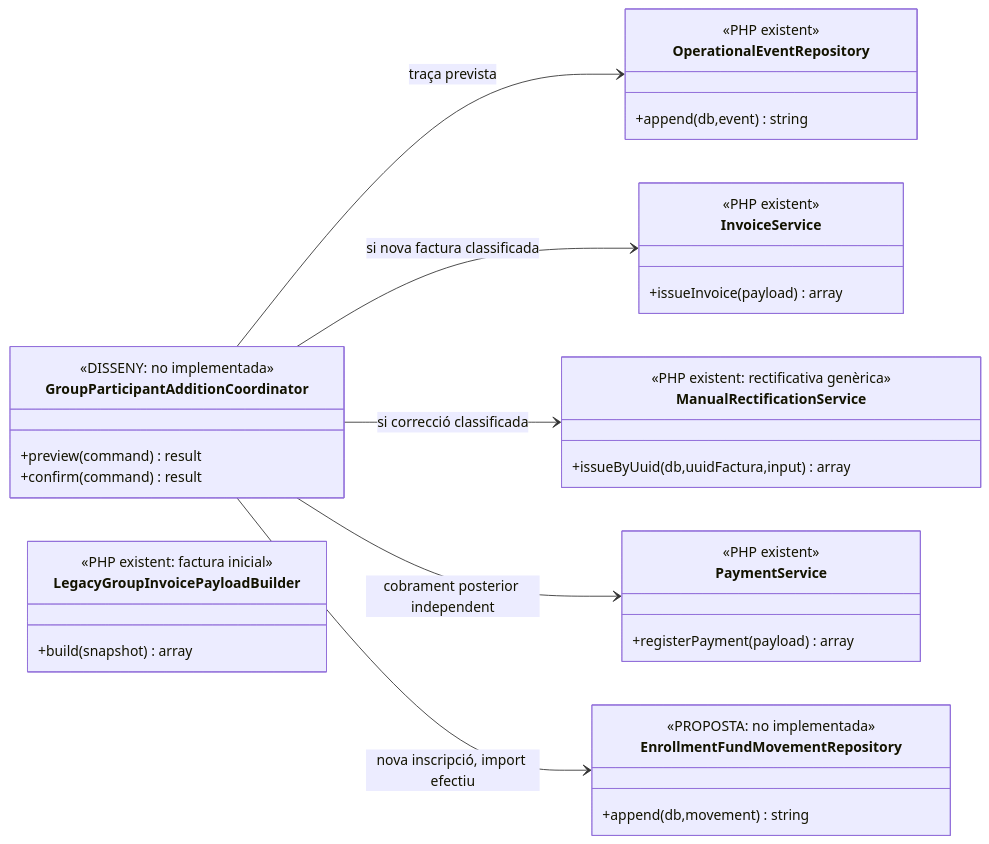
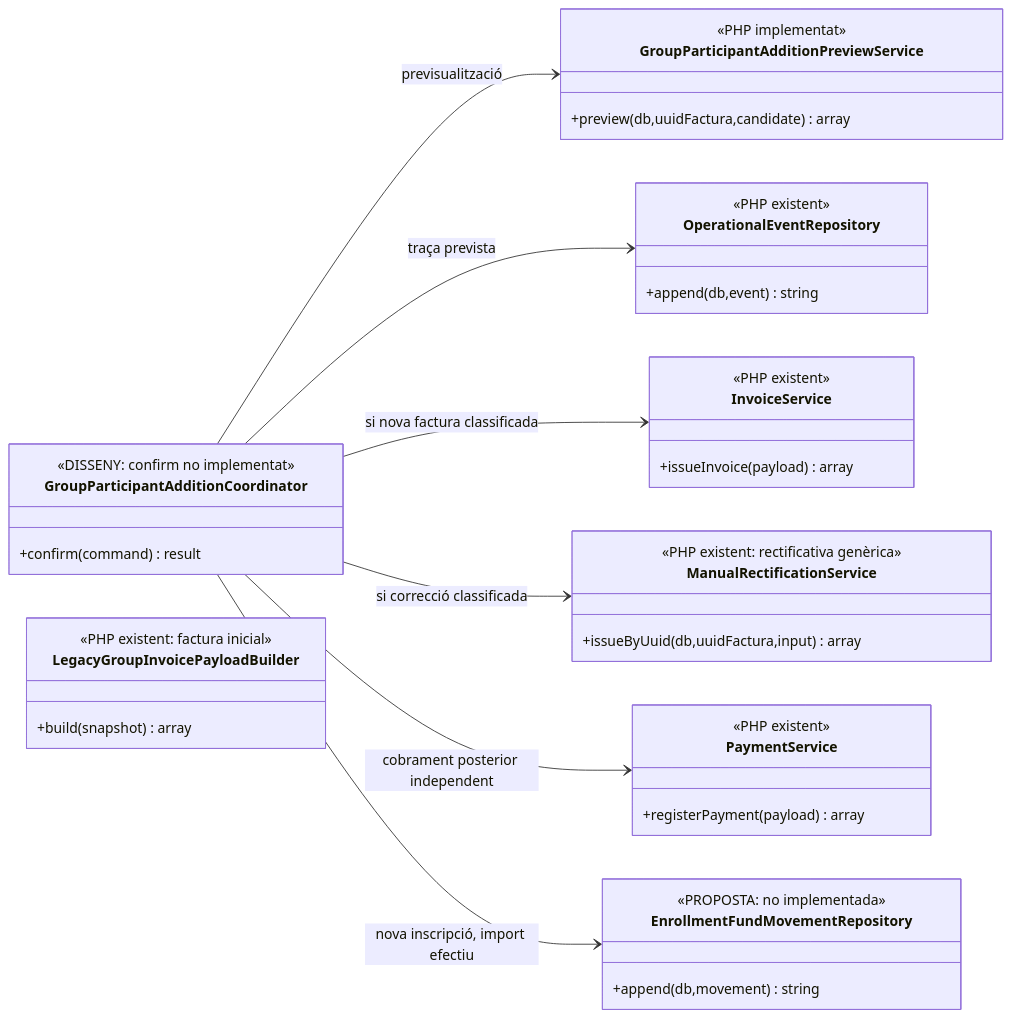
The third of 4 diagrams in documentacio/07-uml-integrat/uc-016a-afegir-participant-grup-emes.md (orgmeriemprismacat-del/verifactu), drawn with Mermaid before and after one commit. The commit also changed other lines of this file, not shown here.

Commit message:
UC-016A reconcile docs with executable addition preview

````diff
--- a/documentacio/07-uml-integrat/uc-016a-afegir-participant-grup-emes.md
+++ b/documentacio/07-uml-integrat/uc-016a-afegir-participant-grup-emes.md
@@ -109,38 +109,42 @@
 ```mermaid
 classDiagram
 direction LR
 class GroupParticipantAdditionCoordinator {
- <<DISSENY: no implementada>>
- +preview(command) result
+ <<DISSENY: confirm no implementat>>
  +confirm(command) result
+}
+class GroupParticipantAdditionPreviewService {
+ <<PHP implementat>>
+ +preview(db,uuidFactura,candidate) array
 }
 class OperationalEventRepository {
  <<PHP existent>>
  +append(db,event) string
 }
 class InvoiceService {
  <<PHP existent>>
  +issueInvoice(payload) array
 }
 class ManualRectificationService {
  <<PHP existent: rectificativa genèrica>>
  +issueByUuid(db,uuidFactura,input) array
 }
 class LegacyGroupInvoicePayloadBuilder {
  <<PHP existent: factura inicial>>
  +build(snapshot) array
 }
 class PaymentService {
  <<PHP existent>>
  +registerPayment(payload) array
 }
 class EnrollmentFundMovementRepository {
  <<PROPOSTA: no implementada>>
  +append(db,movement) string
 }
+GroupParticipantAdditionCoordinator --> GroupParticipantAdditionPreviewService : previsualització
 GroupParticipantAdditionCoordinator --> OperationalEventRepository : traça prevista
 GroupParticipantAdditionCoordinator --> InvoiceService : si nova factura classificada
 GroupParticipantAdditionCoordinator --> ManualRectificationService : si correcció classificada
 GroupParticipantAdditionCoordinator --> PaymentService : cobrament posterior independent
 GroupParticipantAdditionCoordinator --> EnrollmentFundMovementRepository : nova inscripció, import efectiu
 ```
````
